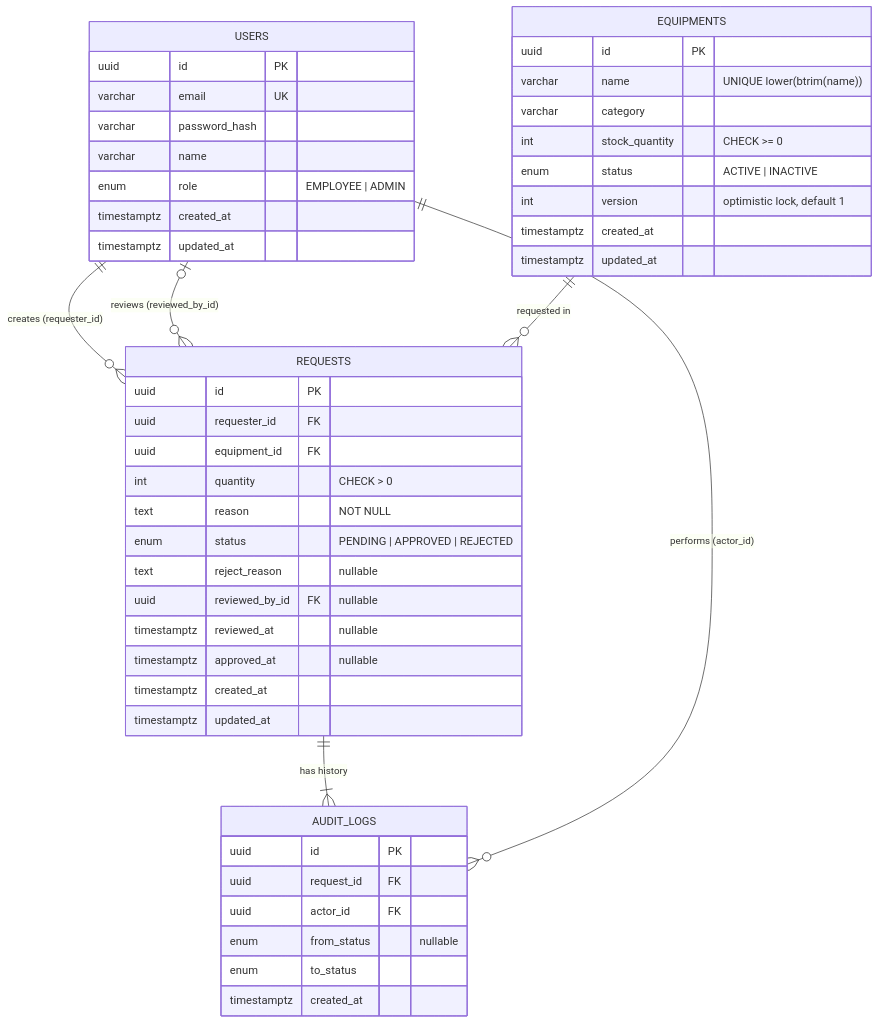
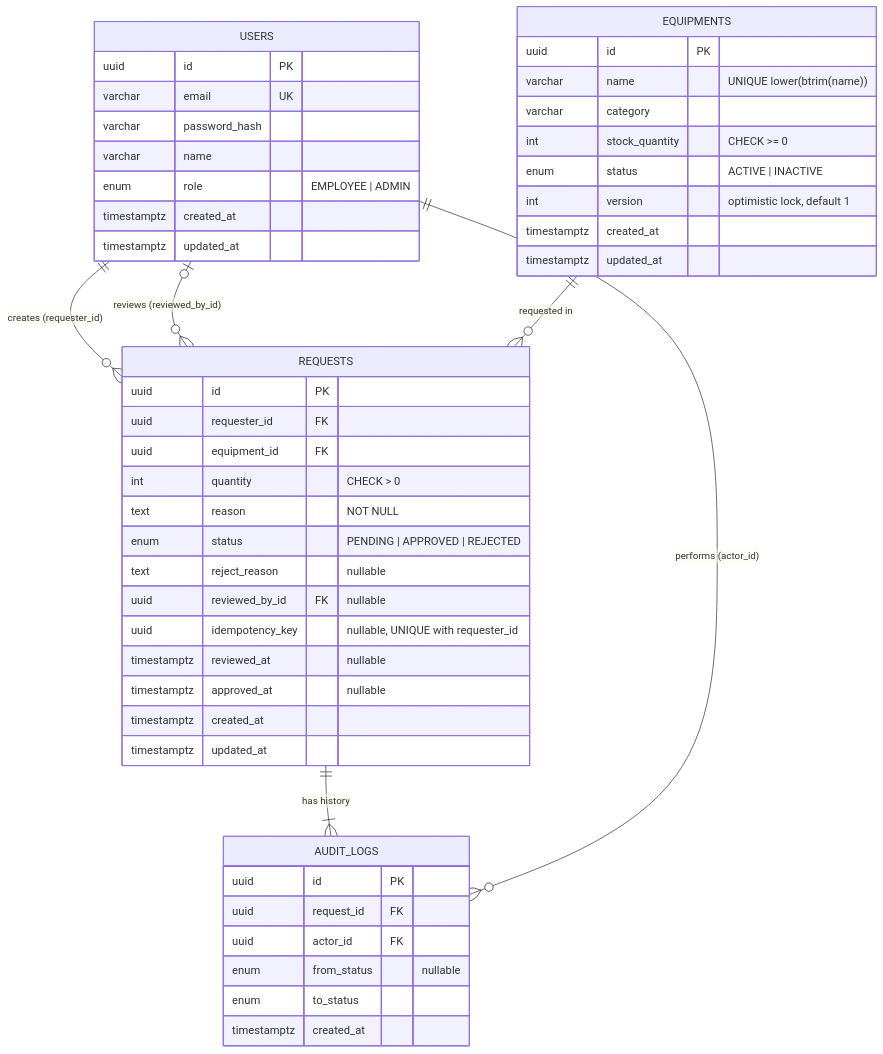
One commit to Bwhaa/it-equipment-request changed the first of 2 diagrams in docs/checkpoint-1.2.md. Above: the diagram before and after it, drawn with Mermaid. The commit also changed other lines of this file and 2 other files, not shown here.

Commit message:
docs: document the idempotency key for request creation

````diff
--- a/docs/checkpoint-1.2.md
+++ b/docs/checkpoint-1.2.md
@@ -26,53 +26,54 @@
 ```mermaid
 erDiagram
     USERS ||--o{ REQUESTS : "creates (requester_id)"
     USERS |o--o{ REQUESTS : "reviews (reviewed_by_id)"
     EQUIPMENTS ||--o{ REQUESTS : "requested in"
     REQUESTS ||--|{ AUDIT_LOGS : "has history"
     USERS ||--o{ AUDIT_LOGS : "performs (actor_id)"
 
     USERS {
         uuid id PK
         varchar email UK
         varchar password_hash
         varchar name
         enum role "EMPLOYEE | ADMIN"
         timestamptz created_at
         timestamptz updated_at
     }
 
     EQUIPMENTS {
         uuid id PK
         varchar name "UNIQUE lower(btrim(name))"
         varchar category
         int stock_quantity "CHECK >= 0"
         enum status "ACTIVE | INACTIVE"
         int version "optimistic lock, default 1"
         timestamptz created_at
         timestamptz updated_at
     }
 
     REQUESTS {
         uuid id PK
         uuid requester_id FK
         uuid equipment_id FK
         int quantity "CHECK > 0"
         text reason "NOT NULL"
         enum status "PENDING | APPROVED | REJECTED"
         text reject_reason "nullable"
         uuid reviewed_by_id FK "nullable"
+        uuid idempotency_key "nullable, UNIQUE with requester_id"
         timestamptz reviewed_at "nullable"
         timestamptz approved_at "nullable"
         timestamptz created_at
         timestamptz updated_at
     }
 
     AUDIT_LOGS {
         uuid id PK
         uuid request_id FK
         uuid actor_id FK
         enum from_status "nullable"
         enum to_status
         timestamptz created_at
     }
 ```
````
